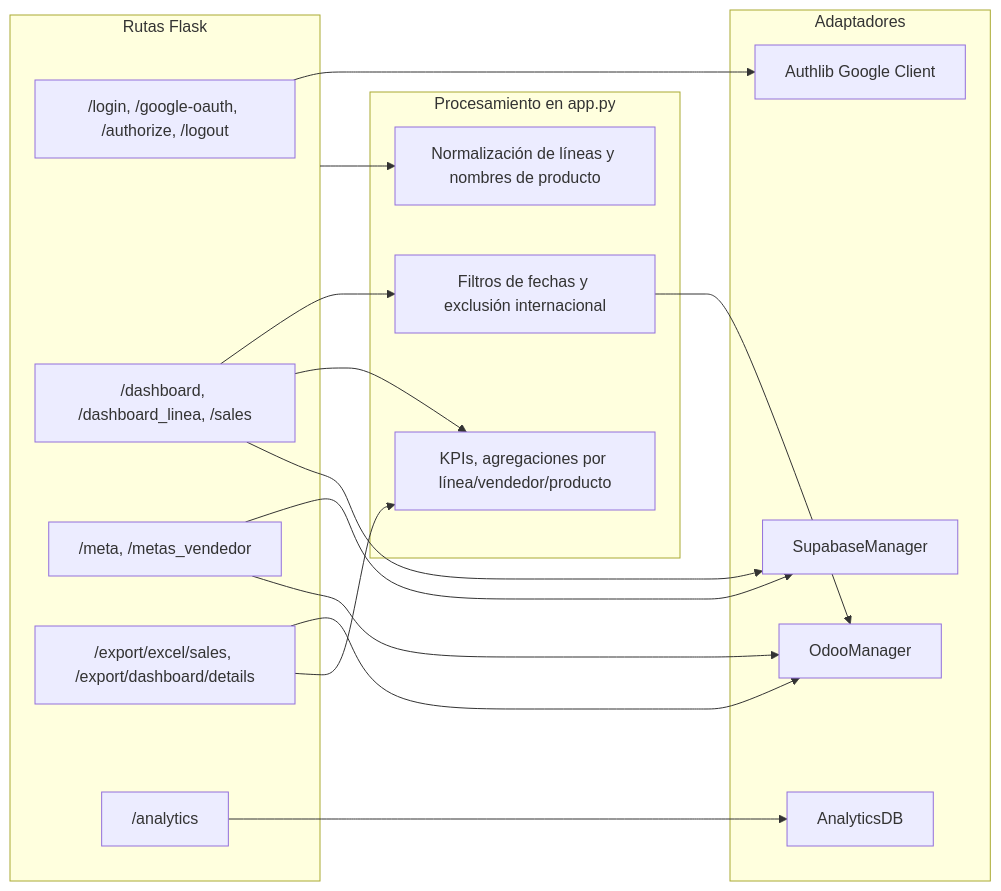
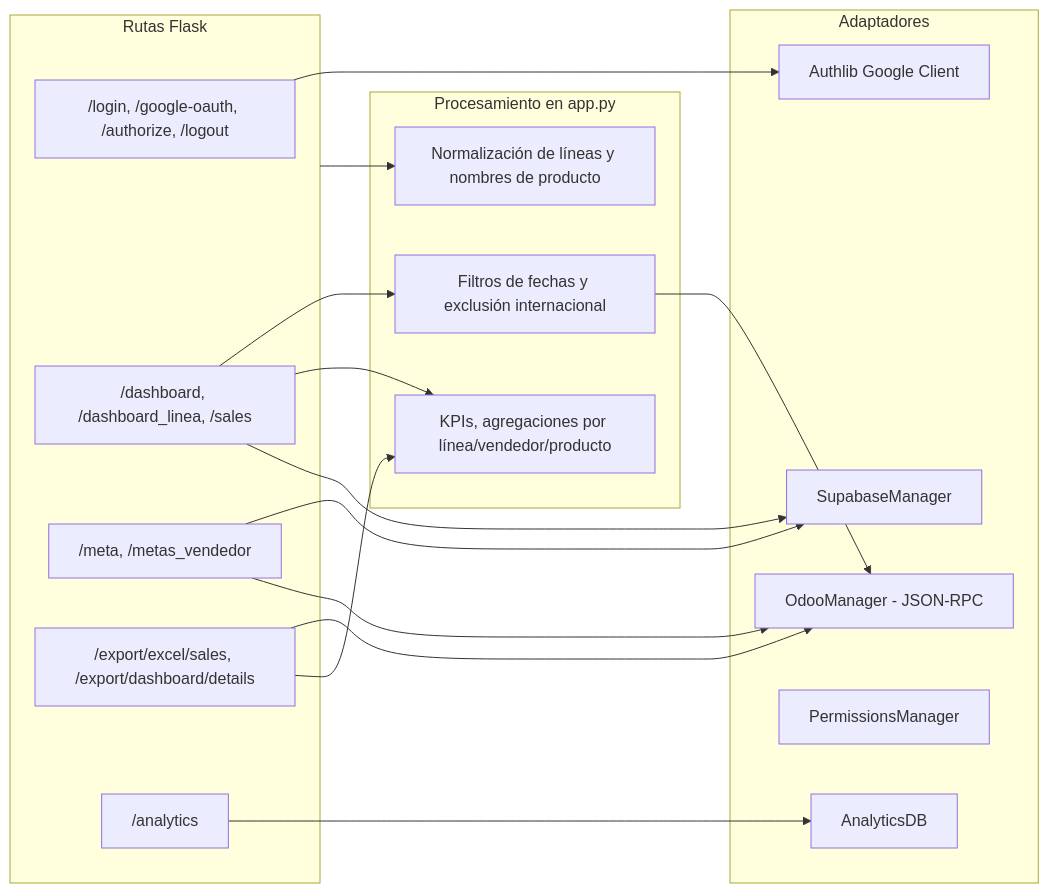
One commit to jonathancerda-hub/dashboard-ventas changed the third of 3 diagrams in docs/ARQUITECTURA_ALTO_NIVEL.md. Above: the diagram before and after it, drawn with Mermaid. The commit also changed other lines of this file and 9 other files, not shown here.

````diff
--- a/docs/ARQUITECTURA_ALTO_NIVEL.md
+++ b/docs/ARQUITECTURA_ALTO_NIVEL.md
@@ -108,34 +118,35 @@
 ```mermaid
 flowchart LR
     subgraph WebLayer[Rutas Flask]
       Login["/login, /google-oauth, /authorize, /logout"]
       Dash["/dashboard, /dashboard_linea, /sales"]
       Metas["/meta, /metas_vendedor"]
       Exports["/export/excel/sales, /export/dashboard/details"]
       Usage["/analytics"]
     end
 
     subgraph DomainHelpers[Procesamiento en app.py]
         Filters[Filtros de fechas y exclusión internacional]
         Aggregates[KPIs, agregaciones por línea/vendedor/producto]
         Normalize[Normalización de líneas y nombres de producto]
     end
 
     subgraph Integrations[Adaptadores]
-        OdooComp[OdooManager]
+        OdooComp[OdooManager - JSON-RPC]
         SupaComp[SupabaseManager]
         AnalyticsComp[AnalyticsDB]
+        PermissionsComp[PermissionsManager]
         OAuthComp[Authlib Google Client]
     end
 
     Login --> OAuthComp
     Dash --> Filters --> OdooComp
     Dash --> Aggregates
     Dash --> SupaComp
     Metas --> SupaComp
     Metas --> OdooComp
     Exports --> OdooComp
     Exports --> Aggregates
     Usage --> AnalyticsComp
     WebLayer --> Normalize
 ```
````
